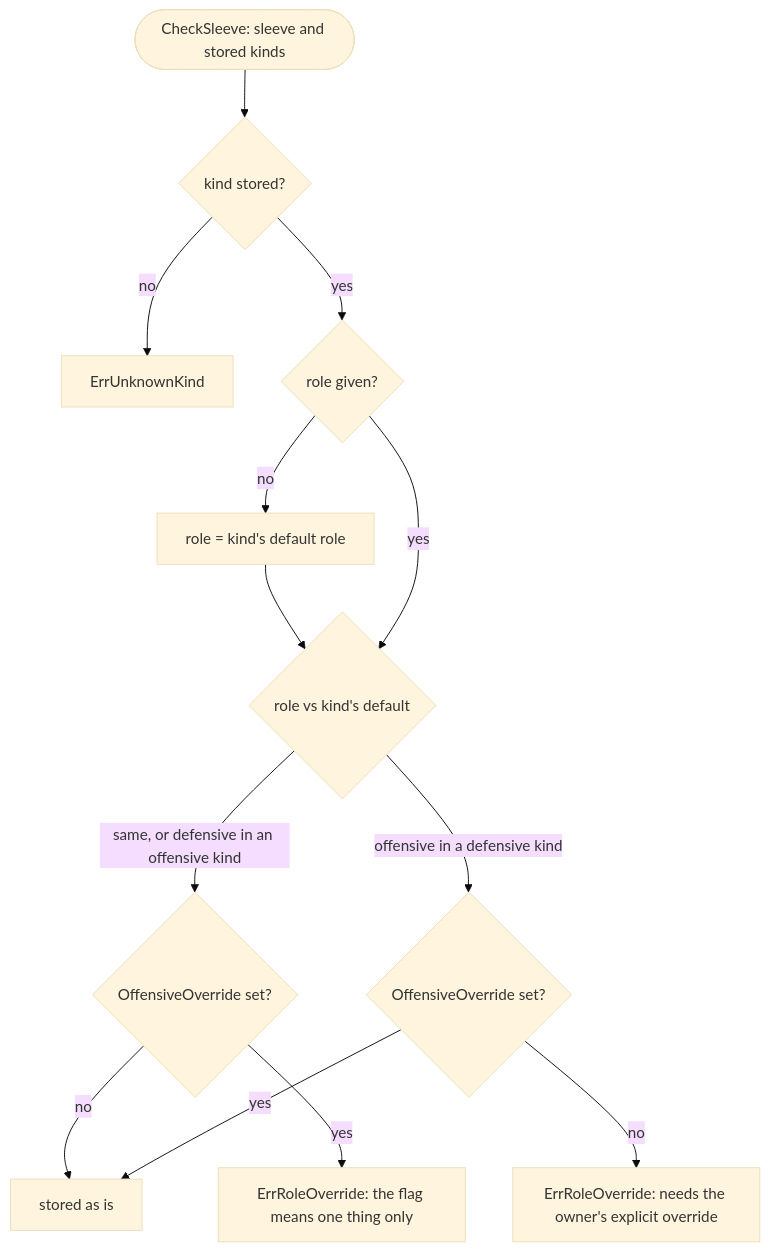
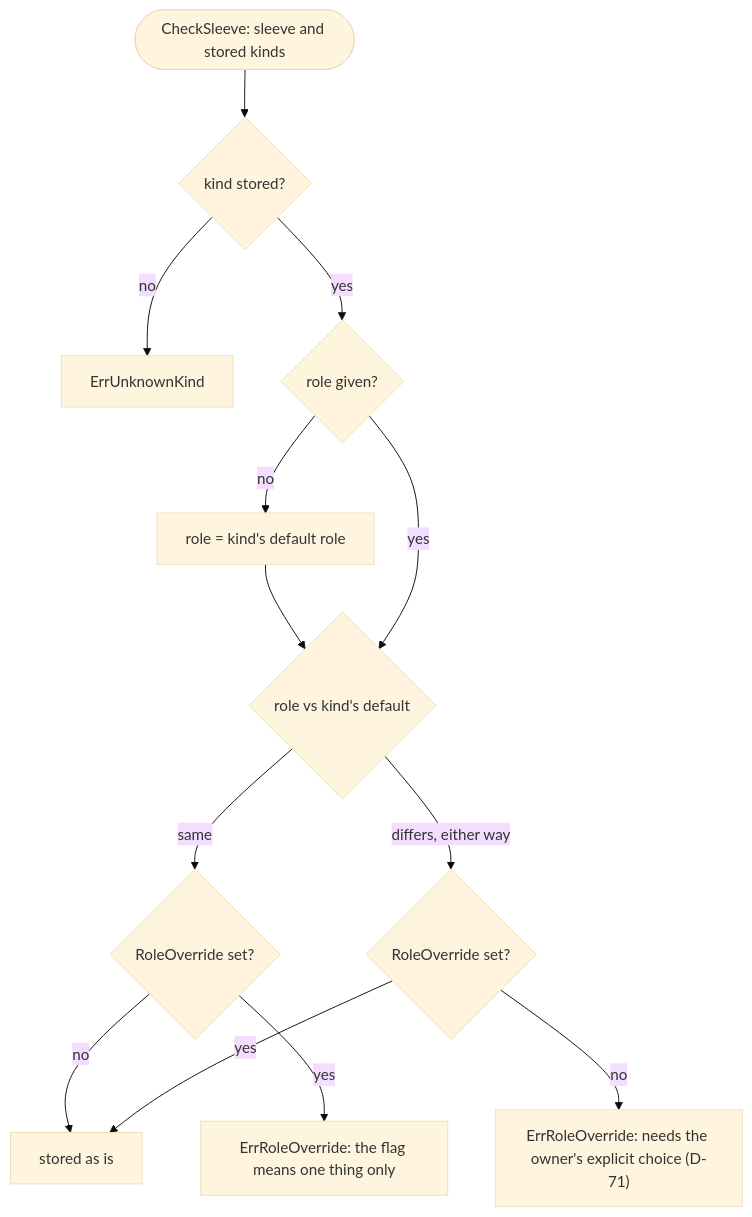
Before and after one commit to arkadiuss/openfief: the first of 4 diagrams in docs/concepts/portfolio.md, drawn with Mermaid (base theme). The commit also changed other lines of this file and 171 other files, not shown here.

````diff
--- a/docs/concepts/portfolio.md
+++ b/docs/concepts/portfolio.md
@@ -41,14 +42,14 @@
 ```mermaid
 flowchart TD
   s(["CheckSleeve: sleeve and stored kinds"]) --> k{"kind stored?"}
   k -- no --> e1["ErrUnknownKind"]
   k -- yes --> r{"role given?"}
   r -- no --> d["role = kind's default role"] --> v
   r -- yes --> v{"role vs kind's default"}
-  v -- "same, or defensive in an offensive kind" --> o1{"OffensiveOverride set?"}
+  v -- "same" --> o1{"RoleOverride set?"}
   o1 -- no --> ok["stored as is"]
   o1 -- yes --> e2["ErrRoleOverride: the flag means one thing only"]
-  v -- "offensive in a defensive kind" --> o2{"OffensiveOverride set?"}
+  v -- "differs, either way" --> o2{"RoleOverride set?"}
   o2 -- yes --> ok
-  o2 -- no --> e3["ErrRoleOverride: needs the owner's explicit override"]
+  o2 -- no --> e3["ErrRoleOverride: needs the owner's explicit choice (D-71)"]
 ```
````
